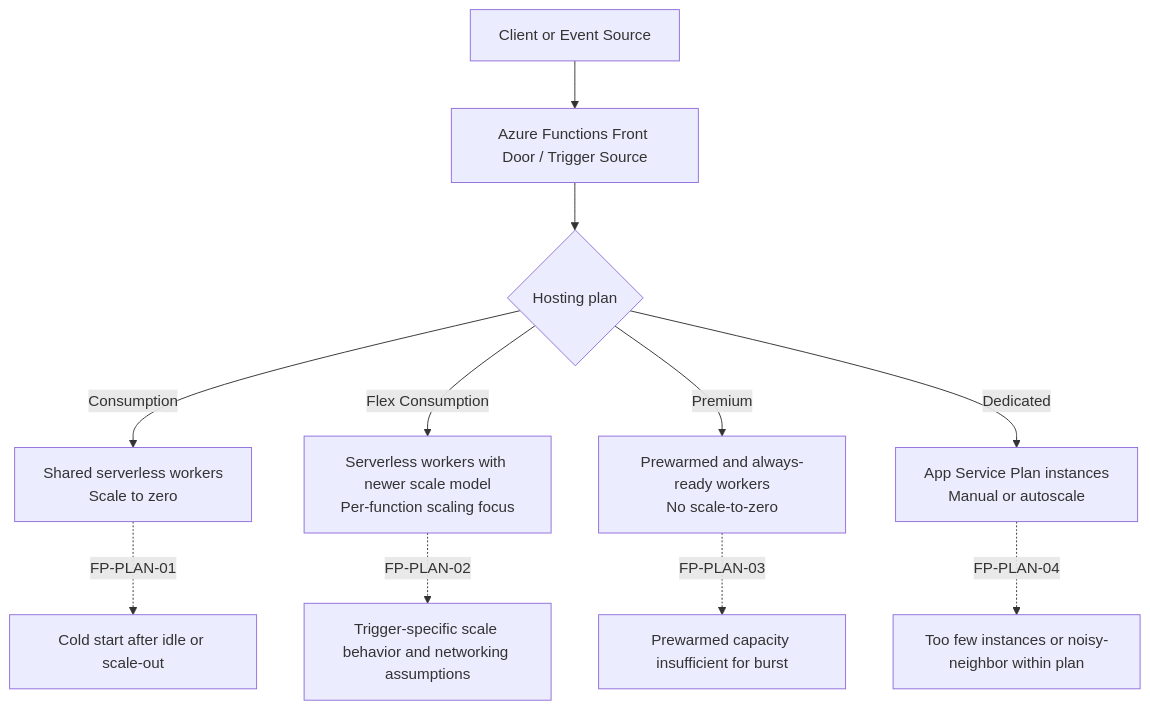
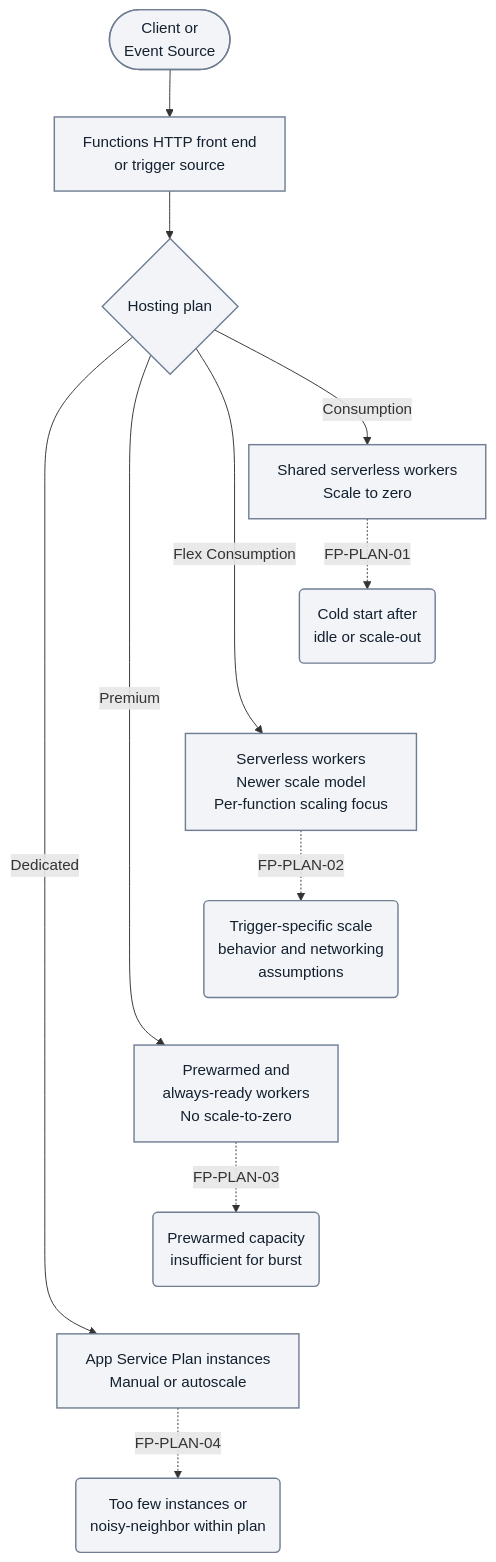
Before and after one commit to yeongseon/azure-functions-practical-guide: the first of 10 diagrams in docs/troubleshooting/architecture-components-reference.md, drawn with Mermaid. The commit also changed other lines of this file, not shown here.

First line of the commit message:
docs(diagrams): improve component diagnostic diagram readability

````diff
--- a/docs/troubleshooting/architecture-components-reference.md
+++ b/docs/troubleshooting/architecture-components-reference.md
@@ -236,14 +239,23 @@
 ```mermaid
+%%{init: {'flowchart': {'nodeSpacing': 10}}}%%
 flowchart TD
-    A[Client or Event Source] --> B["Azure Functions Front Door / Trigger Source"]
+    accTitle: Hosting plan diagnostic routing
+    accDescr: Illustrative routing by hosting plan to four candidate failure points, not proof of an incident cause. HTTP front-end routing and non-HTTP trigger sources are alternatives, not a mandatory Azure Front Door deployment.
+    A(["Client or<br/>Event Source"]) --> B["Functions HTTP front end<br/>or trigger source"]
     B --> C{Hosting plan}
-    C -->|Consumption| D[Shared serverless workers\nScale to zero]
-    C -->|Flex Consumption| E[Serverless workers with newer scale model\nPer-function scaling focus]
-    C -->|Premium| F[Prewarmed and always-ready workers\nNo scale-to-zero]
-    C -->|Dedicated| G[App Service Plan instances\nManual or autoscale]
+    C -->|Consumption| D["Shared serverless workers<br/>Scale to zero"]
+    C -->|Flex Consumption| E["Serverless workers<br/>Newer scale model<br/>Per-function scaling focus"]
+    C -->|Premium| F["Prewarmed and<br/>always-ready workers<br/>No scale-to-zero"]
+    C -->|Dedicated| G["App Service Plan instances<br/>Manual or autoscale"]
 
-    D -. FP-PLAN-01 .-> D1[Cold start after idle or scale-out]
-    E -. FP-PLAN-02 .-> E1[Trigger-specific scale behavior and networking assumptions]
-    F -. FP-PLAN-03 .-> F1[Prewarmed capacity insufficient for burst]
-    G -. FP-PLAN-04 .-> G1[Too few instances or noisy-neighbor within plan]
+    D -. FP-PLAN-01 .-> D1("Cold start after<br/>idle or scale-out")
+    E -. FP-PLAN-02 .-> E1("Trigger-specific scale<br/>behavior and networking<br/>assumptions")
+    F -. FP-PLAN-03 .-> F1("Prewarmed capacity<br/>insufficient for burst")
+    G -. FP-PLAN-04 .-> G1("Too few instances or<br/>noisy-neighbor within plan")
+    %% Layout-only links serialize categories; they add no diagnostic steps or arrows.
+    D1 ~~~ E
+    E1 ~~~ F
+    F1 ~~~ G
+    classDef baseNeutral fill:#f2f4f8,stroke:#707e93,stroke-width:1.5px,color:#14202e;
+    class A,B,C,D,E,F,G,D1,E1,F1,G1 baseNeutral;
 ```
````
